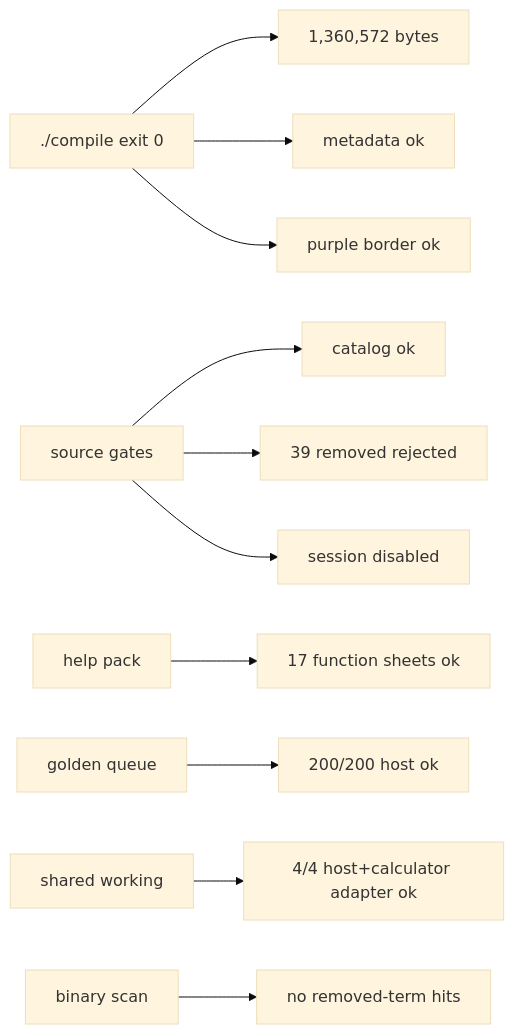
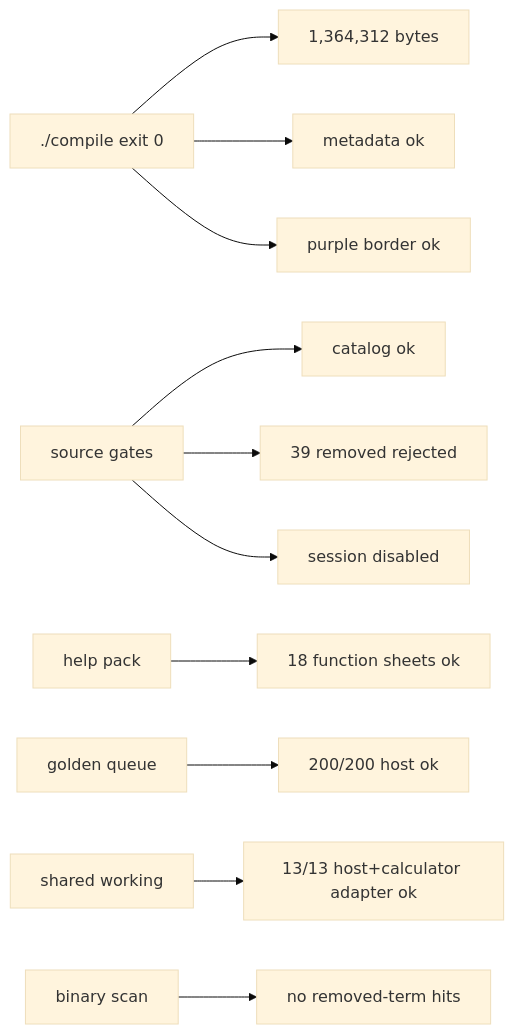
One commit to james8464/notes-addin-casio-fx-cg50 changed the seventh of 7 diagrams in docs/GRAPH.md. Above: the diagram before and after it, drawn with Mermaid (base theme). The commit also changed other lines of this file and 8 other files, not shown here.

Commit message:
expand shared working routes

````diff
--- a/docs/GRAPH.md
+++ b/docs/GRAPH.md
@@ -103,13 +105,13 @@
 ```mermaid
 graph LR
-  Build["./compile exit 0"] --> Size["1,360,572 bytes"]
+  Build["./compile exit 0"] --> Size["1,364,312 bytes"]
   Build --> Meta["metadata ok"]
   Build --> Border["purple border ok"]
   Source["source gates"] --> Catalog["catalog ok"]
   Source --> Removed["39 removed rejected"]
   Source --> Session["session disabled"]
-  Help["help pack"] --> HelpQ["17 function sheets ok"]
+  Help["help pack"] --> HelpQ["18 function sheets ok"]
   Queue["golden queue"] --> QueueRun["200/200 host ok"]
-  Shared["shared working"] --> SharedRun["4/4 host+calculator adapter ok"]
+  Shared["shared working"] --> SharedRun["13/13 host+calculator adapter ok"]
   Bin["binary scan"] --> NoLeak["no removed-term hits"]
 ```
````
